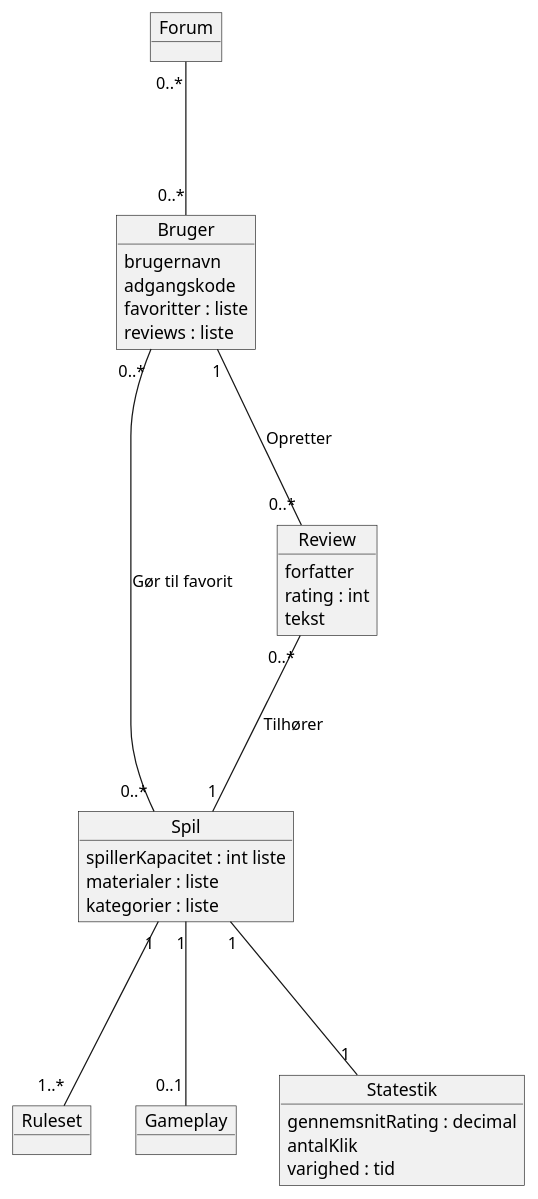
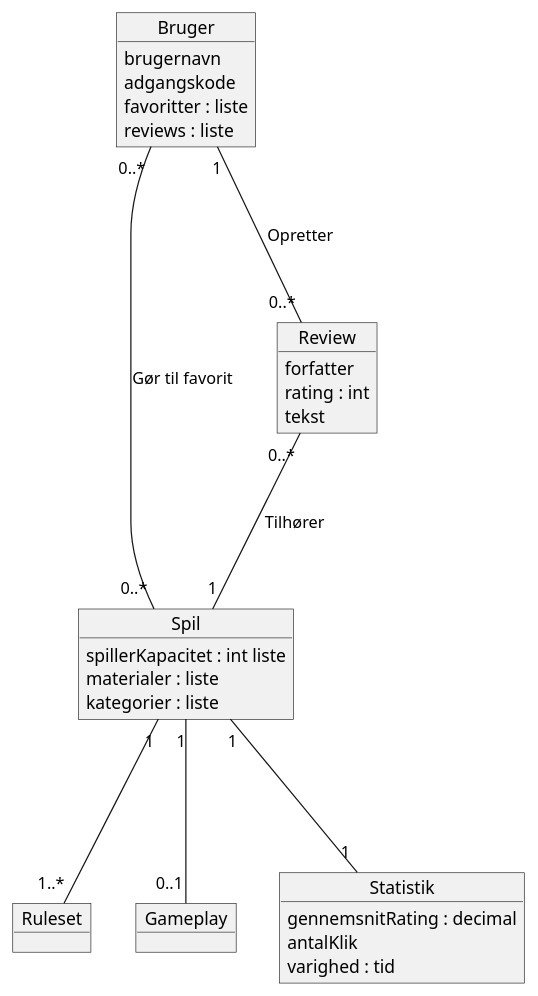
Before and after one commit to AlecDH/Party-Games-Pet-Project: the diagram in doc/Domæne.puml, drawn with PlantUML. The commit also changed 5 other files, not shown here.

```diff
--- a/doc/Domæne.puml
+++ b/doc/Domæne.puml
@@ -1,42 +1,39 @@
 @startuml
 
 object Bruger{
 brugernavn
 adgangskode
 favoritter : liste
 reviews : liste
 }
 
 object Spil{
 spillerKapacitet : int liste
 materialer : liste
 kategorier : liste
 }
 
 object Review{
 forfatter
 rating : int
 tekst
 }
 
-object Forum
-
 object Ruleset
 
 object Gameplay
 
-object Statestik{
+object Statistik{
 gennemsnitRating : decimal
 antalKlik
 varighed : tid
 }
 
 Bruger "0..*" --- "0..*" Spil : Gør til favorit
 Review "0..*" --- "1" Spil : Tilhører
 Bruger "1" --- "0..*" Review : Opretter
-Forum "0..*" --- "0..*" Bruger
 Spil "1" --- "1..*" Ruleset
 Spil "1" --- "0..1" Gameplay
-Spil "1" --- "1" Statestik
+Spil "1" --- "1" Statistik
 
 @enduml
```
